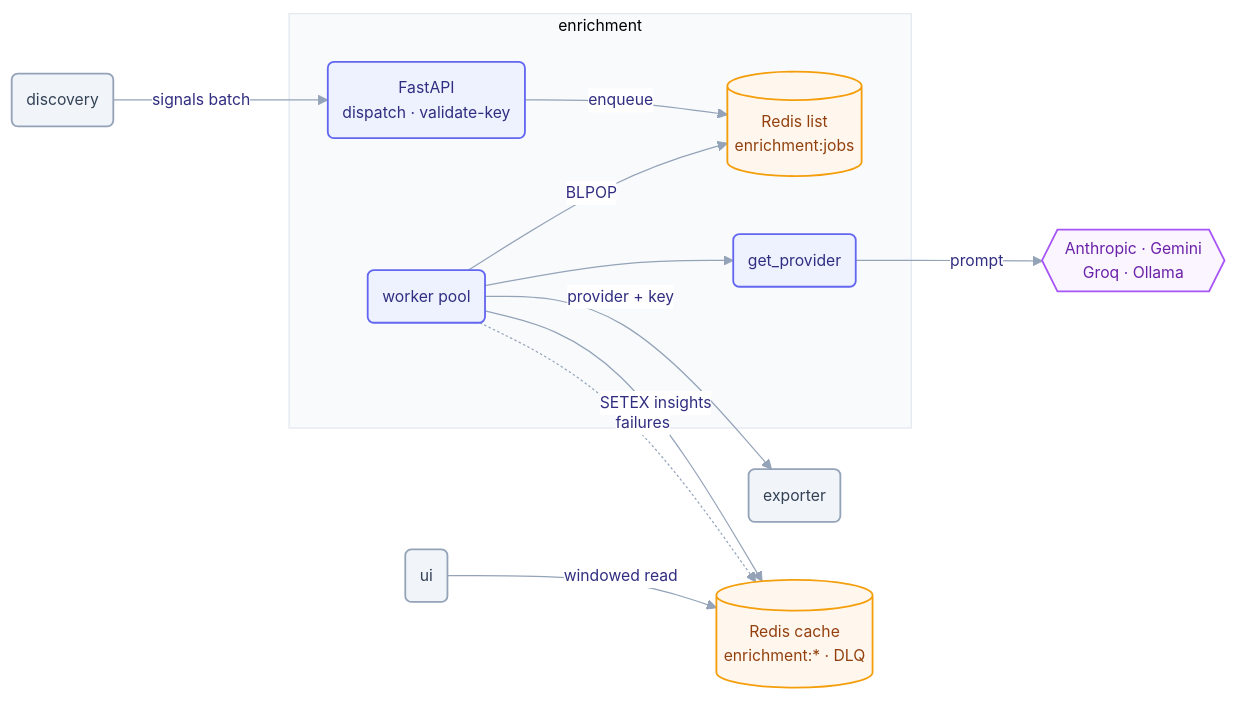
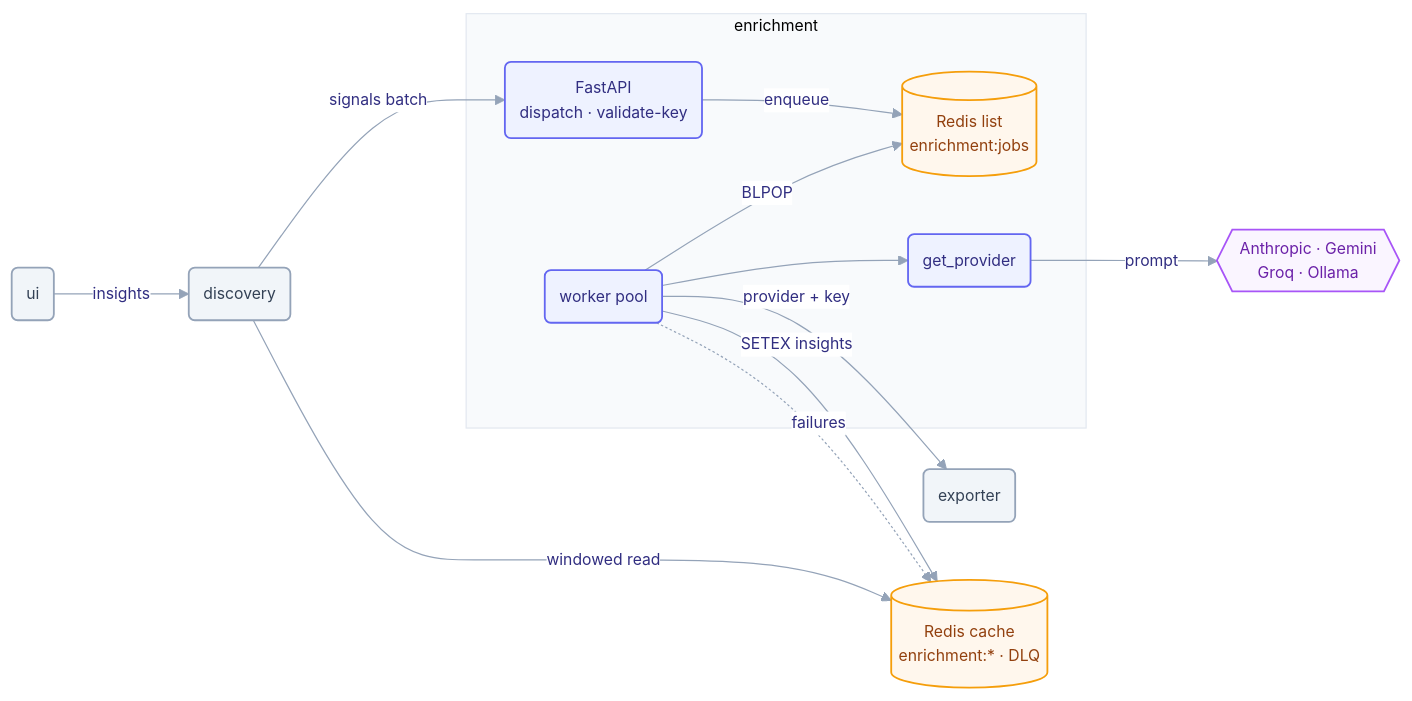
The diagram in services/enrichment/README.md (telark/telark), drawn with Mermaid before and after one commit. The commit also changed other lines of this file and 6 other files, not shown here.

````diff
--- a/services/enrichment/README.md
+++ b/services/enrichment/README.md
@@ -11,34 +11,35 @@
 ```mermaid
 %%{init: {"theme":"base","themeVariables":{"fontFamily":"ui-sans-serif, system-ui, -apple-system, Segoe UI, Roboto, sans-serif","fontSize":"13px","lineColor":"#94a3b8","primaryColor":"#eef2ff","primaryBorderColor":"#6366f1","primaryTextColor":"#312e81","edgeLabelBackground":"#ffffff","clusterBkg":"#f8fafc","clusterBorder":"#e2e8f0"},"flowchart":{"curve":"basis","htmlLabels":true,"nodeSpacing":48,"rankSpacing":64,"padding":12}}}%%
 flowchart LR
   DISC(discovery)
 
   subgraph enrichment["enrichment"]
     API("FastAPI<br/>dispatch · validate-key")
     POOL(worker pool)
     API -->|enqueue| Q
     POOL -->|BLPOP| Q[("Redis list<br/>enrichment:jobs")]
     POOL --> PROV(get_provider)
   end
 
   EXP(exporter)
   LLM{{"Anthropic · Gemini<br/>Groq · Ollama"}}
   CACHE[("Redis cache<br/>enrichment:*  ·  DLQ")]
   UI(ui)
 
   DISC -->|signals batch| API
   POOL -->|provider + key| EXP
   PROV -->|prompt| LLM
   POOL -->|SETEX insights| CACHE
   POOL -.failures.-> CACHE
-  UI -->|windowed read| CACHE
+  UI -->|insights| DISC
+  DISC -->|windowed read| CACHE
 
   classDef svc fill:#eef2ff,stroke:#6366f1,stroke-width:1.5px,color:#312e81;
   classDef peer fill:#f1f5f9,stroke:#94a3b8,stroke-width:1.5px,color:#334155;
   classDef store fill:#fff7ed,stroke:#f59e0b,stroke-width:1.5px,color:#92400e;
   classDef ext fill:#faf5ff,stroke:#a855f7,stroke-width:1.5px,color:#6b21a8;
   class API,POOL,PROV svc;
   class DISC,EXP,UI peer;
   class Q,CACHE store;
   class LLM ext;
 ```
````
